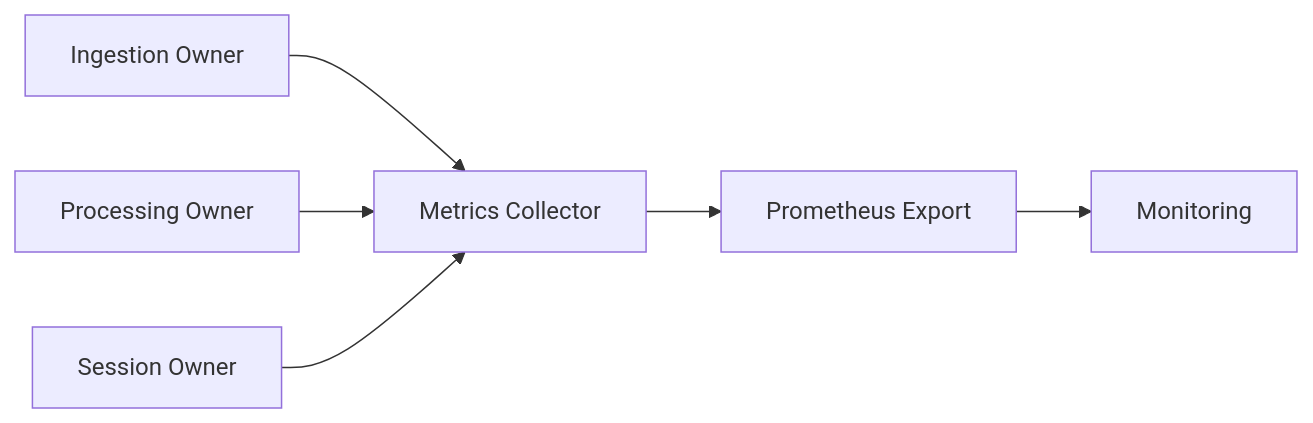
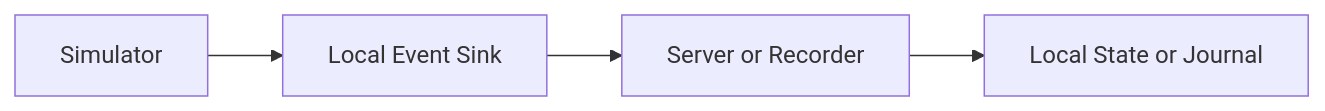
Diagram 11 of 13 in docs/architecture.md (tembolo1284/maxwell), drawn with Mermaid before and after one commit. The commit also changed other lines of this file and 10 other files, not shown here.

````diff
--- a/docs/architecture.md
+++ b/docs/architecture.md
@@ -778,13 +668,6 @@
 ```mermaid
 flowchart LR
-    A["Ingestion Owner"]
-    B["Processing Owner"]
-    C["Session Owner"]
-
-    A --> M["Metrics Collector"]
-    B --> M
-    C --> M
-
-    M --> E["Prometheus Export"]
-    E --> O["Monitoring"]
+    SIM["Simulator"] --> SINK["Local Event Sink"]
+    SINK --> SERVER["Server or Recorder"]
+    SERVER --> STATE["Local State or Journal"]
 ```
````
